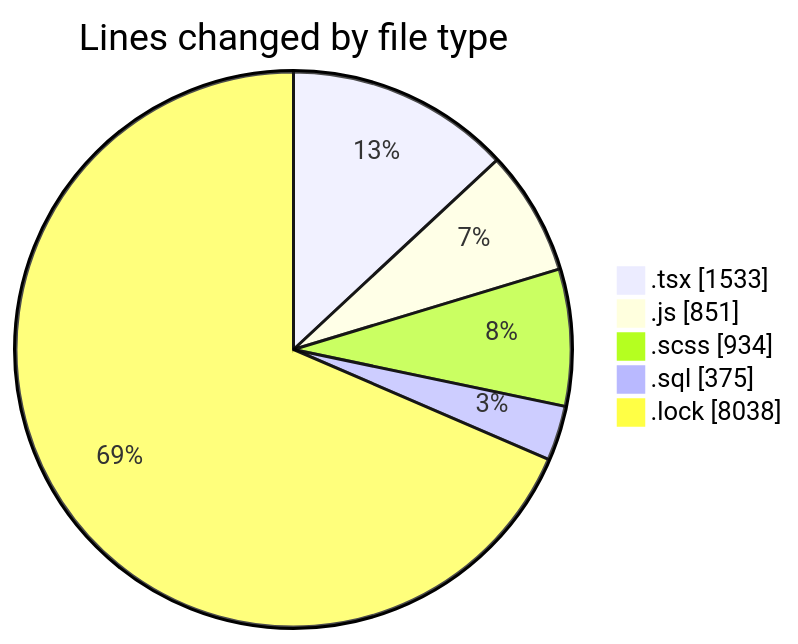
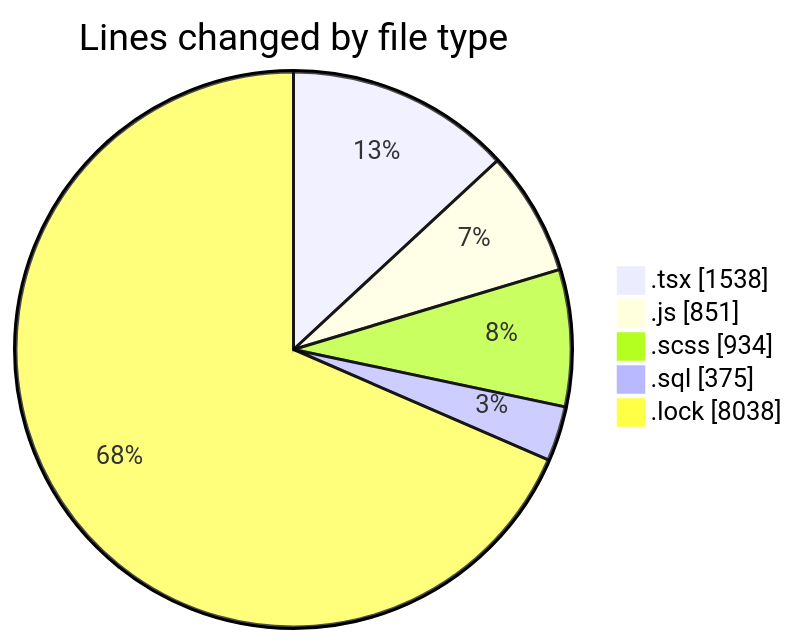
The first of 2 diagrams in 2025-03-18/cda/README.md (momahboobian/code-tracking), drawn with Mermaid before and after one commit. The commit also changed other lines of this file and 1 other file, not shown here.

````diff
--- a/2025-03-18/cda/README.md
+++ b/2025-03-18/cda/README.md
@@ -32,9 +32,9 @@
 ```mermaid
 pie showData
 title Lines changed by file type
-".tsx" : 1533
+".tsx" : 1538
 ".js" : 851
 ".scss" : 934
 ".sql" : 375
 ".lock" : 8038
 ```
````
